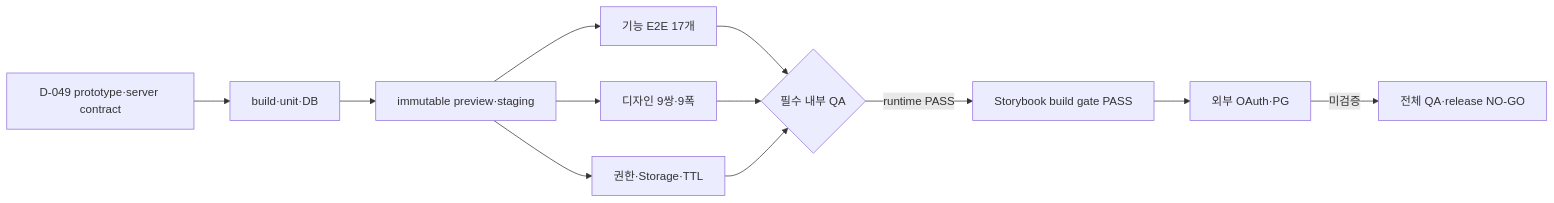
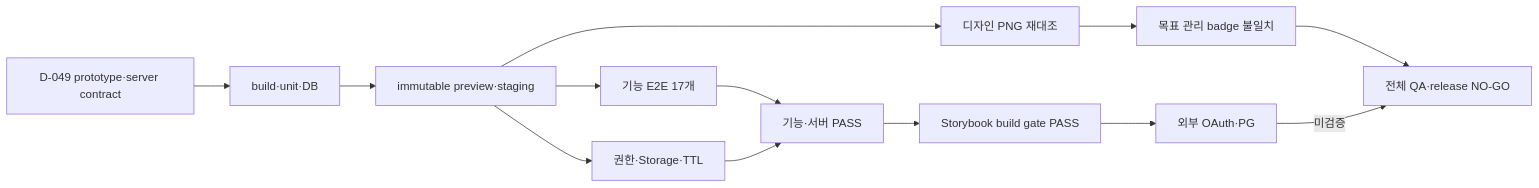
Before and after one commit to 100B-Adventures/haenael-ge: the diagram in docs/qa/v2-staging-qa-v1.0.0-gpt-codex-20261025-0815.md, drawn with Mermaid. The commit also changed other lines of this file and 4 other files, not shown here.

````diff
--- a/docs/qa/v2-staging-qa-v1.0.0-gpt-codex-20261025-0815.md
+++ b/docs/qa/v2-staging-qa-v1.0.0-gpt-codex-20261025-0815.md
@@ -63,14 +63,15 @@
 ```mermaid
 flowchart LR
   A[D-049 prototype·server contract] --> B[build·unit·DB]
   B --> C[immutable preview·staging]
   C --> D[기능 E2E 17개]
-  C --> E[디자인 9쌍·9폭]
+  C --> E[디자인 PNG 재대조]
   C --> F[권한·Storage·TTL]
-  D --> G{필수 내부 QA}
-  E --> G
+  D --> G[기능·서버 PASS]
   F --> G
-  G -->|runtime PASS| H[Storybook build gate PASS]
-  H --> J[외부 OAuth·PG]
-  J -->|미검증| K[전체 QA·release NO-GO]
+  E --> H[목표 관리 badge 불일치]
+  G --> I[Storybook build gate PASS]
+  H --> K[전체 QA·release NO-GO]
+  I --> J[외부 OAuth·PG]
+  J -->|미검증| K
 ```
````
